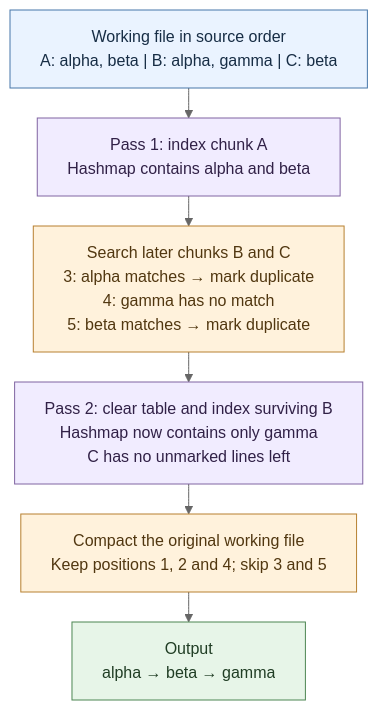
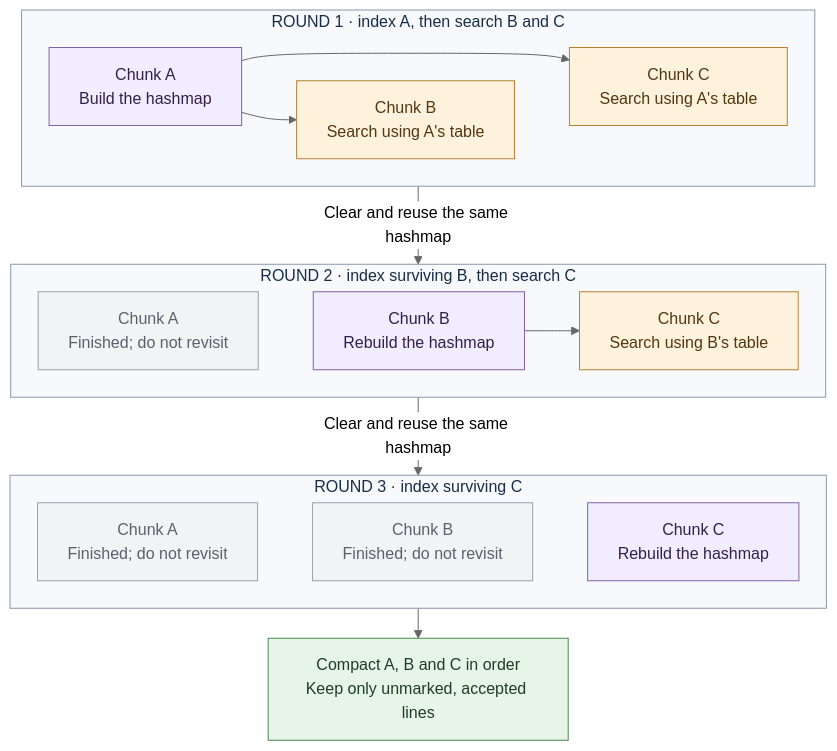
One commit to nil0x42/duplicut changed the diagram in doc/engines/mmap-chunks.md. Above: the diagram before and after it, drawn with Mermaid (neutral theme). The commit also changed other lines of this file and 1 other file, not shown here.

````diff
--- a/doc/engines/mmap-chunks.md
+++ b/doc/engines/mmap-chunks.md
@@ -31,18 +26,42 @@
 ```mermaid
-%%{init: {"flowchart": {"wrappingWidth": 420, "rankSpacing": 30}}}%%
-flowchart TD
-    I["Working file in source order<br/>A: alpha, beta | B: alpha, gamma | C: beta"]
-    I --> H["Pass 1: index chunk A<br/>Hashmap contains alpha and beta"]
-    H --> Q["Search later chunks B and C<br/>3: alpha matches → mark duplicate<br/>4: gamma has no match<br/>5: beta matches → mark duplicate"]
-    Q --> N["Pass 2: clear table and index surviving B<br/>Hashmap now contains only gamma<br/>C has no unmarked lines left"]
-    N --> C["Compact the original working file<br/>Keep positions 1, 2 and 4; skip 3 and 5"]
-    C --> O["Output<br/>alpha → beta → gamma"]
-    classDef data fill:#eaf3ff,stroke:#4676a9,color:#172d45
-    classDef table fill:#f1ecff,stroke:#8064a2,color:#312147
-    classDef marks fill:#fff2dc,stroke:#b78030,color:#513710
+%%{init: {"flowchart": {"wrappingWidth": 240, "rankSpacing": 30, "nodeSpacing": 35}}}%%
+flowchart TB
+    subgraph R1["ROUND 1 · index A, then search B and C"]
+        direction LR
+        A1["Chunk A<br/>Build the hashmap"]
+        B1["Chunk B<br/>Search using A's table"]
+        C1["Chunk C<br/>Search using A's table"]
+        A1 --> B1
+        A1 --> C1
+        B1 ~~~ C1
+    end
+    subgraph R2["ROUND 2 · index surviving B, then search C"]
+        direction LR
+        A2["Chunk A<br/>Finished; do not revisit"]
+        B2["Chunk B<br/>Rebuild the hashmap"]
+        C2["Chunk C<br/>Search using B's table"]
+        A2 ~~~ B2
+        B2 --> C2
+    end
+    subgraph R3["ROUND 3 · index surviving C"]
+        direction LR
+        A3["Chunk A<br/>Finished; do not revisit"]
+        B3["Chunk B<br/>Finished; do not revisit"]
+        C3["Chunk C<br/>Rebuild the hashmap"]
+        A3 ~~~ B3 ~~~ C3
+    end
+    R1 -->|Clear and reuse the same hashmap| R2
+    R2 -->|Clear and reuse the same hashmap| R3
+    R3 --> O["Compact A, B and C in order<br/>Keep only unmarked, accepted lines"]
+    style R1 fill:#f7f9fc,stroke:#8a98a8,color:#172d45
+    style R2 fill:#f7f9fc,stroke:#8a98a8,color:#172d45
+    style R3 fill:#f7f9fc,stroke:#8a98a8,color:#172d45
+    classDef index fill:#f1ecff,stroke:#8064a2,color:#312147
+    classDef search fill:#fff2dc,stroke:#b78030,color:#513710
+    classDef done fill:#f2f3f5,stroke:#98a1ad,color:#59616c
     classDef output fill:#e7f5e8,stroke:#4d8653,color:#203d24
-    class I data
-    class H,N table
-    class Q,C marks
+    class A1,B2,C3 index
+    class B1,C1,C2 search
+    class A2,A3,B3 done
     class O output
 ```
````
